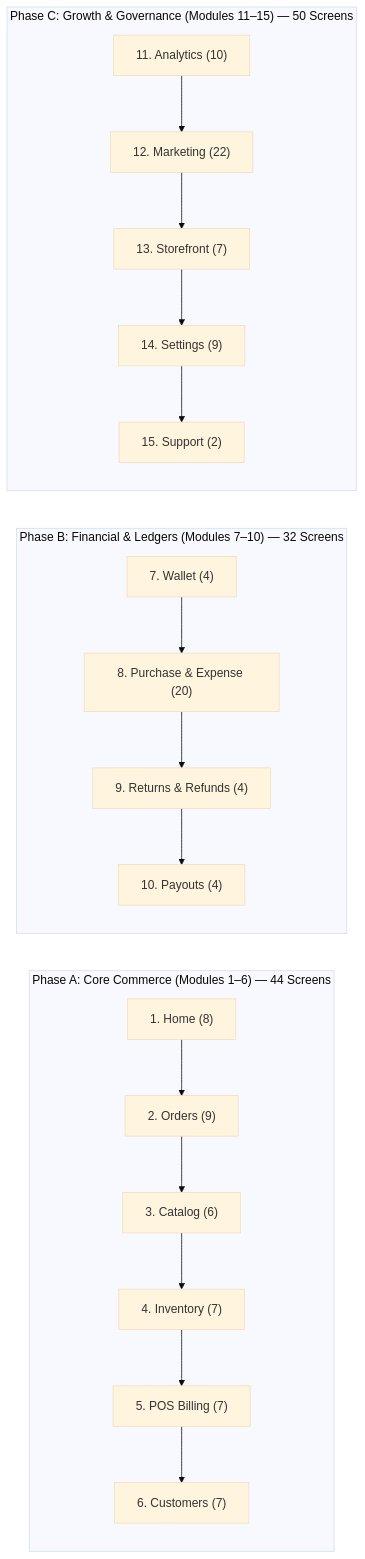
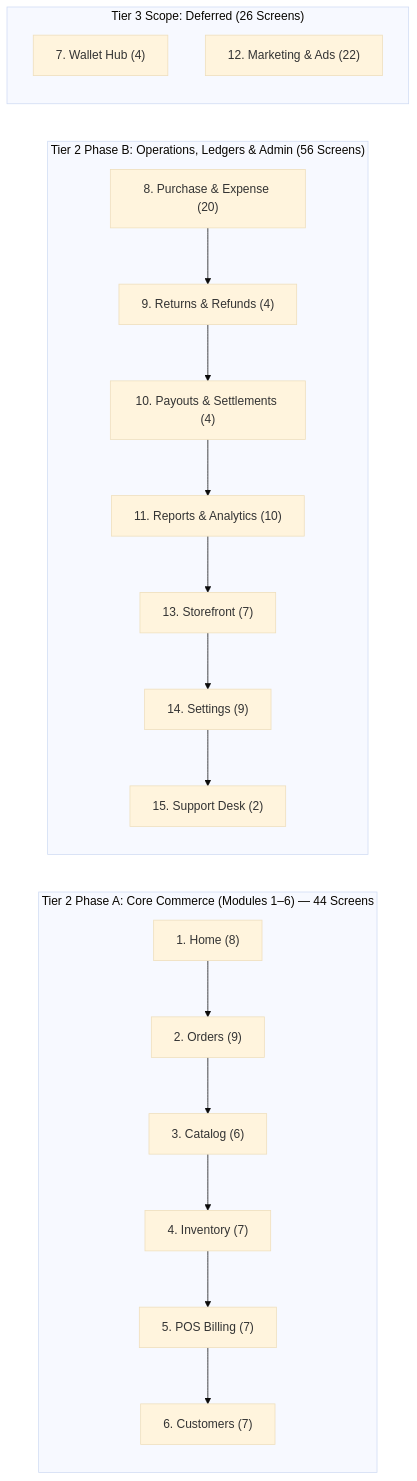
One commit to UtkarshShrivastava1/qucom-platform-root changed the third of 3 diagrams in merchant_web_hardening_tracker.md. Above: the diagram before and after it, drawn with Mermaid (base theme). The commit also changed other lines of this file, not shown here.

Commit message:
docs(merchant): categorize modules by Tier 2 launch scope vs Tier 3 deferred expansion

````diff
--- a/merchant_web_hardening_tracker.md
+++ b/merchant_web_hardening_tracker.md
@@ -96,21 +97,22 @@
 ```mermaid
 graph LR
-    subgraph CoreCommerce ["Phase A: Core Commerce (Modules 1–6) — 44 Screens"]
+    subgraph CoreCommerce ["Tier 2 Phase A: Core Commerce (Modules 1–6) — 44 Screens"]
         M1["1. Home (8)"] --> M2["2. Orders (9)"]
         M2 --> M3["3. Catalog (6)"]
         M3 --> M4["4. Inventory (7)"]
         M4 --> M5["5. POS Billing (7)"]
         M5 --> M6["6. Customers (7)"]
     end
-    subgraph Financials ["Phase B: Financial & Ledgers (Modules 7–10) — 32 Screens"]
-        M7["7. Wallet (4)"] --> M8["8. Purchase & Expense (20)"]
-        M8 --> M9["9. Returns & Refunds (4)"]
-        M9 --> M10["10. Payouts (4)"]
+    subgraph Tier2Active ["Tier 2 Phase B: Operations, Ledgers & Admin (56 Screens)"]
+        M8["8. Purchase & Expense (20)"] --> M9["9. Returns & Refunds (4)"]
+        M9 --> M10["10. Payouts & Settlements (4)"]
+        M10 --> M11["11. Reports & Analytics (10)"]
+        M11 --> M13["13. Storefront (7)"]
+        M13 --> M14["14. Settings (9)"]
+        M14 --> M15["15. Support Desk (2)"]
     end
-    subgraph GrowthAdmin ["Phase C: Growth & Governance (Modules 11–15) — 50 Screens"]
-        M11["11. Analytics (10)"] --> M12["12. Marketing (22)"]
-        M12 --> M13["13. Storefront (7)"]
-        M13 --> M14["14. Settings (9)"]
-        M14 --> M15["15. Support (2)"]
+    subgraph Tier3Deferred ["Tier 3 Scope: Deferred (26 Screens)"]
+        M7["7. Wallet Hub (4)"]
+        M12["12. Marketing & Ads (22)"]
     end
 ```
````
